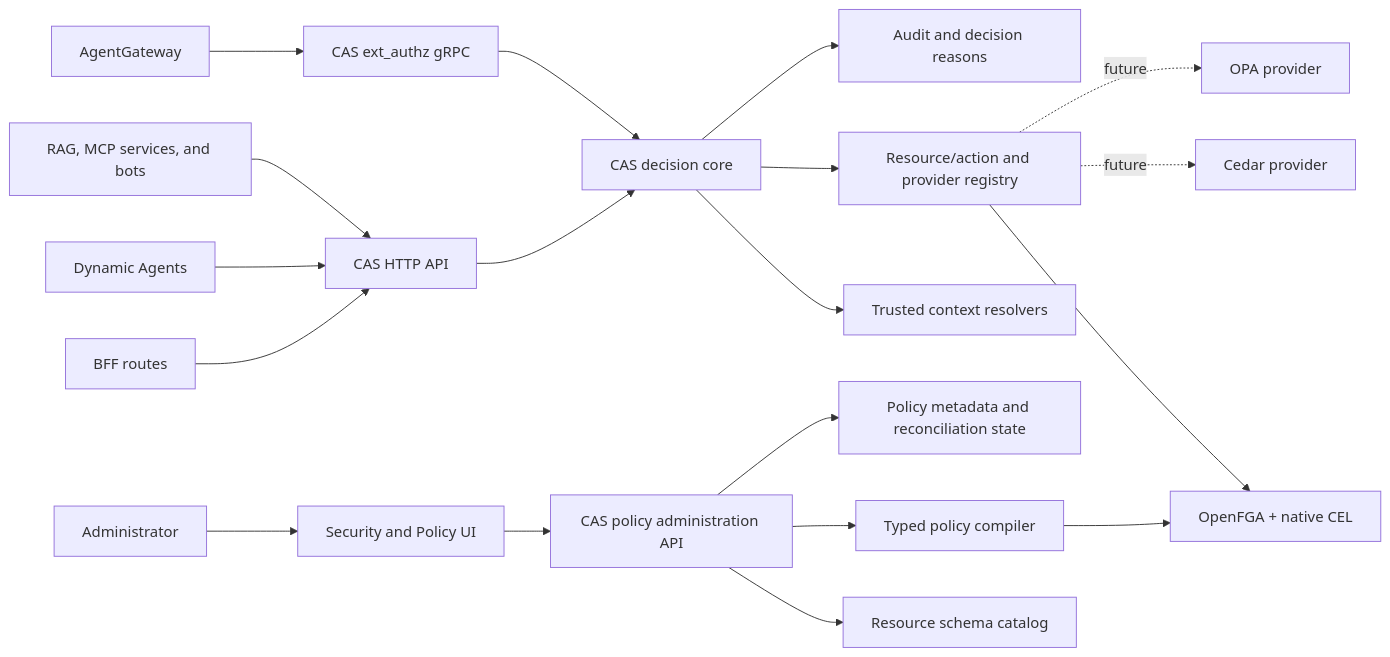
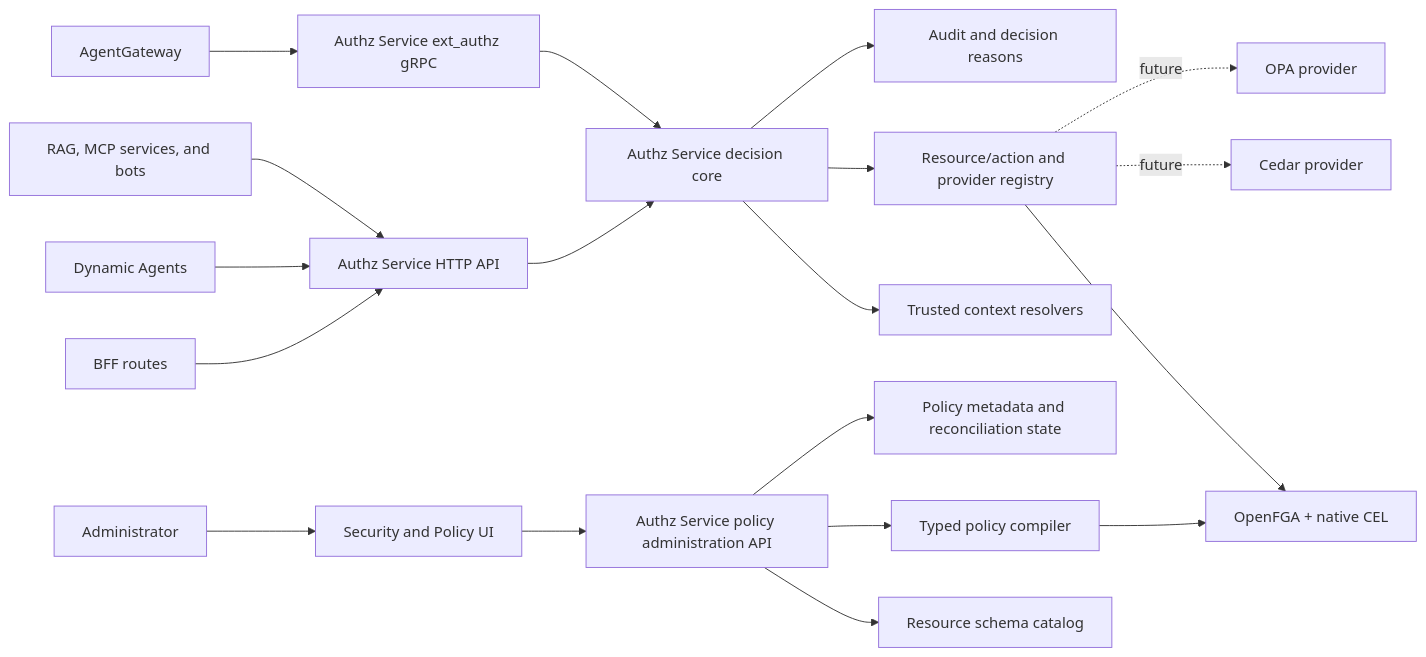
One commit to cnoe-io/ai-platform-engineering changed the first of 2 diagrams in docs/docs/specs/2026-08-17-openfga-tool-expression-policies/architecture.md. Above: the diagram before and after it, drawn with Mermaid. The commit also changed other lines of this file and 3 other files, not shown here.

Commit message:
docs(authz): rename service to caipe-authz

````diff
--- a/docs/docs/specs/2026-08-17-openfga-tool-expression-policies/architecture.md
+++ b/docs/docs/specs/2026-08-17-openfga-tool-expression-policies/architecture.md
@@ -292,23 +292,23 @@
 ```mermaid
 flowchart LR
-    BFF["BFF routes"] --> HTTP["CAS HTTP API"]
+    BFF["BFF routes"] --> HTTP["Authz Service HTTP API"]
     DA["Dynamic Agents"] --> HTTP
     Services["RAG, MCP services, and bots"] --> HTTP
-    AGW["AgentGateway"] --> GRPC["CAS ext_authz gRPC"]
+    AGW["AgentGateway"] --> GRPC["Authz Service ext_authz gRPC"]
 
-    HTTP --> Core["CAS decision core"]
+    HTTP --> Core["Authz Service decision core"]
     GRPC --> Core
     Core --> Context["Trusted context resolvers"]
     Core --> Registry["Resource/action and provider registry"]
     Registry --> OFGA["OpenFGA + native CEL"]
     Registry -. "future" .-> Cedar["Cedar provider"]
     Registry -. "future" .-> OPA["OPA provider"]
     Core --> Audit["Audit and decision reasons"]
 
     Admin["Administrator"] --> UI["Security and Policy UI"]
-    UI --> Policy["CAS policy administration API"]
+    UI --> Policy["Authz Service policy administration API"]
     Policy --> Catalog["Resource schema catalog"]
     Policy --> Compiler["Typed policy compiler"]
     Compiler --> OFGA
     Policy --> Metadata["Policy metadata and reconciliation state"]
 ```
````
